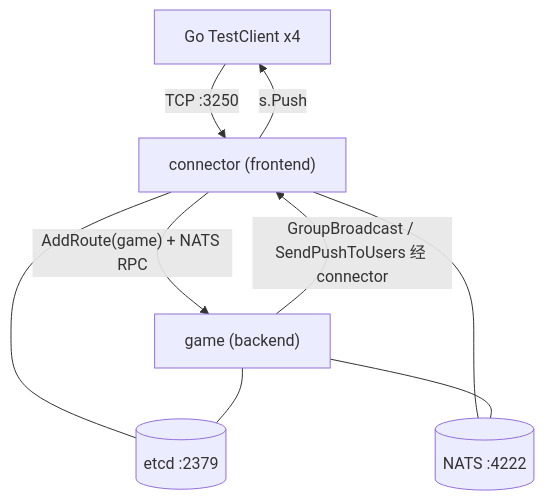
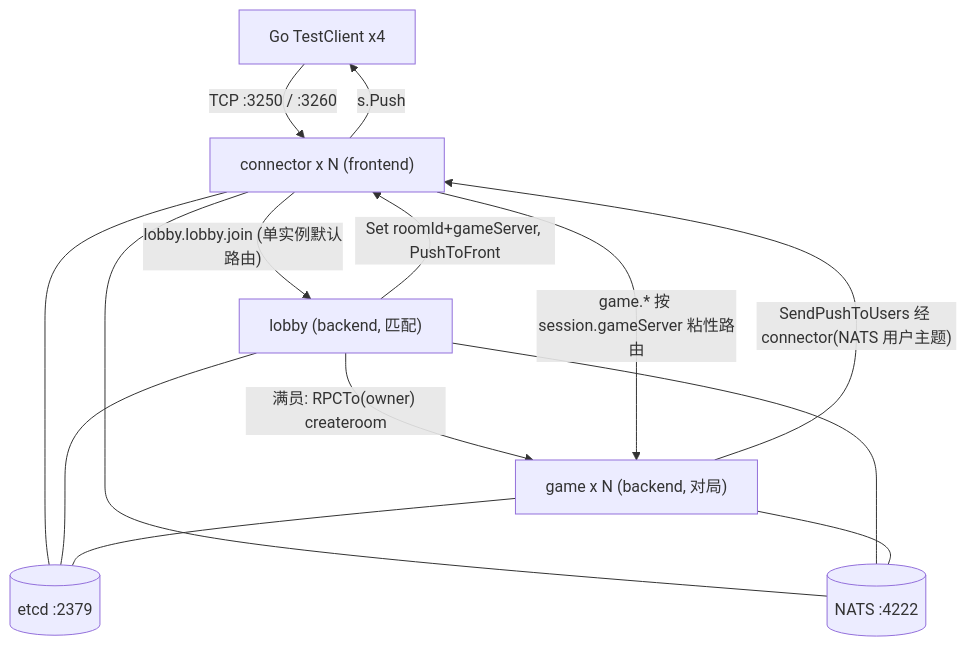
One commit to wx12345p/pitaya changed the first of 2 diagrams in examples/demo/richman/REQUIREMENTS.md. Above: the diagram before and after it, drawn with Mermaid. The commit also changed other lines of this file and 16 other files, not shown here.

````diff
--- a/examples/demo/richman/REQUIREMENTS.md
+++ b/examples/demo/richman/REQUIREMENTS.md
@@ -105,11 +107,16 @@
 ```mermaid
 flowchart TB
-    C["Go TestClient x4"] -->|TCP :3250| CN["connector (frontend)"]
-    CN -->|"AddRoute(game) + NATS RPC"| GM["game (backend)"]
-    GM -->|"GroupBroadcast / SendPushToUsers 经 connector"| CN
+    C["Go TestClient x4"] -->|"TCP :3250 / :3260"| CN["connector x N (frontend)"]
+    CN -->|"lobby.lobby.join (单实例默认路由)"| LB["lobby (backend, 匹配)"]
+    LB -->|"Set roomId+gameServer, PushToFront"| CN
+    LB -->|"满员: RPCTo(owner) createroom"| GM["game x N (backend, 对局)"]
+    CN -->|"game.* 按 session.gameServer 粘性路由"| GM
+    GM -->|"SendPushToUsers 经 connector(NATS 用户主题)"| CN
     CN -->|s.Push| C
     CN --- ETCD[(etcd :2379)]
+    LB --- ETCD
     GM --- ETCD
     CN --- NATS[(NATS :4222)]
+    LB --- NATS
     GM --- NATS
 ```
````
